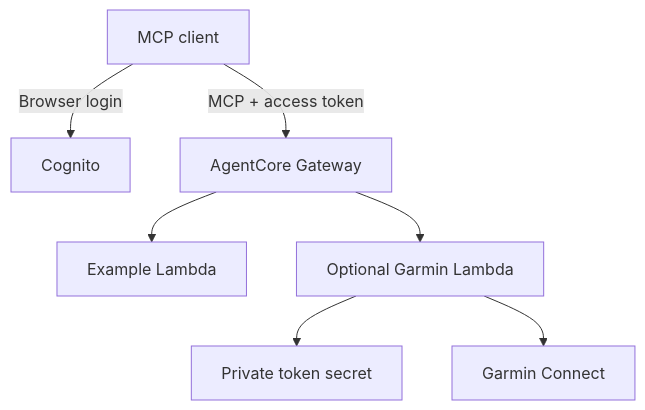
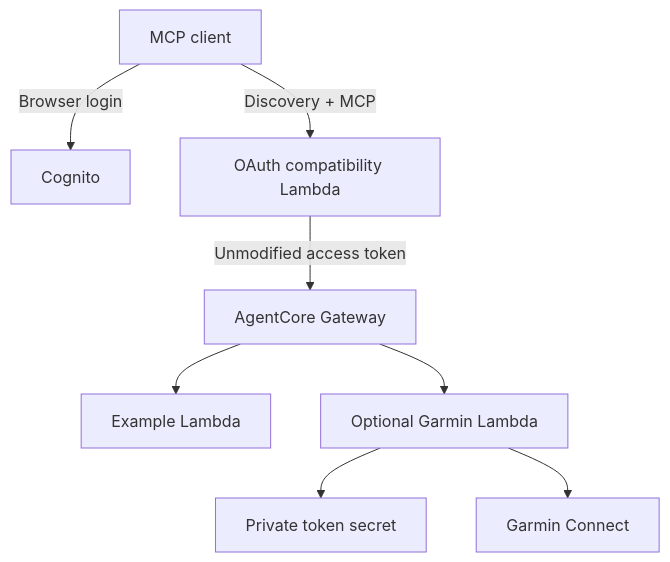
Before and after one commit to giulionenna/mcp-serverless-kit: the diagram in README.md, drawn with Mermaid. The commit also changed other lines of this file and 18 other files, not shown here.

Commit message:
Add AWS-only OAuth discovery adapter with Cognito and Gateway audience validation

````diff
--- a/README.md
+++ b/README.md
@@ -18,9 +19,10 @@
 ```mermaid
 flowchart TD
     Client["MCP client"] -->|"Browser login"| Cognito["Cognito"]
-    Client -->|"MCP + access token"| Gateway["AgentCore Gateway"]
+    Client -->|"Discovery + MCP"| Adapter["OAuth compatibility Lambda"]
+    Adapter -->|"Unmodified access token"| Gateway["AgentCore Gateway"]
     Gateway --> Example["Example Lambda"]
     Gateway --> Garmin["Optional Garmin Lambda"]
     Garmin --> Secret["Private token secret"]
     Garmin --> Connect["Garmin Connect"]
 ```
````
